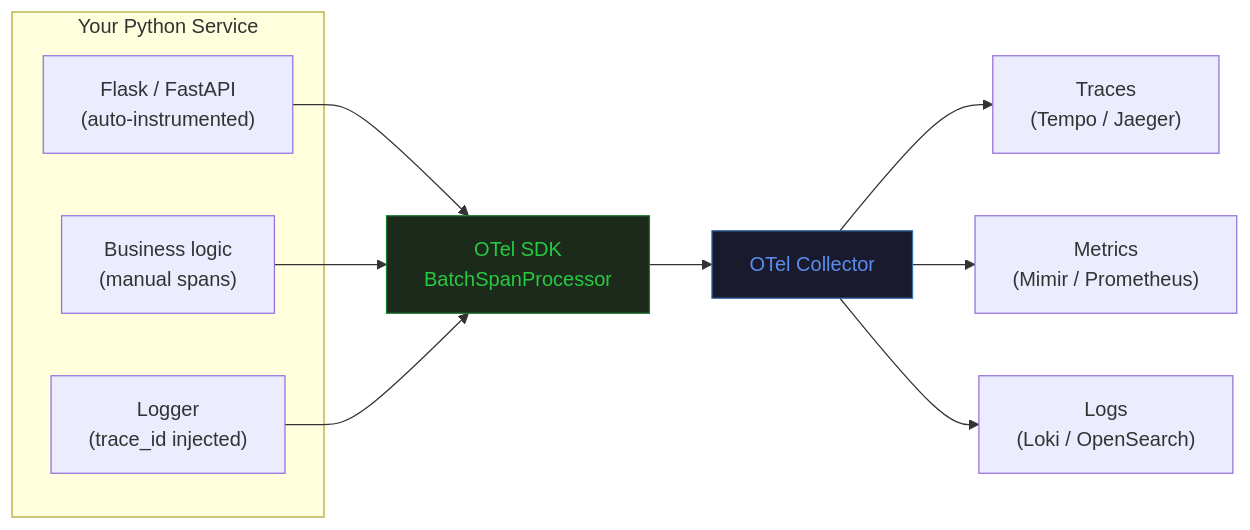
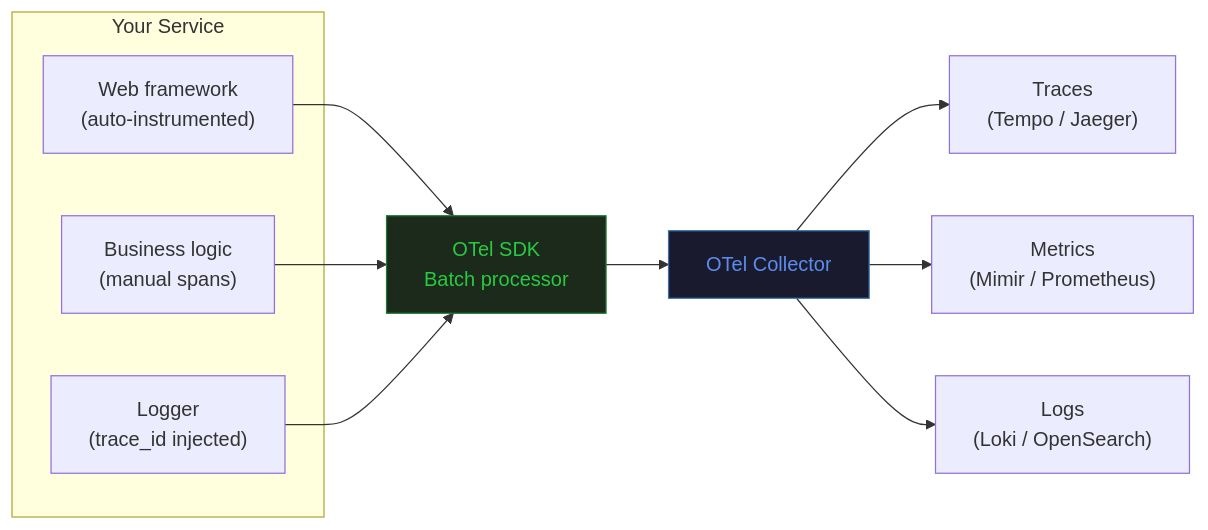
The diagram in content/howtos/instrument-python-service-opentelemetry.md (radra23/scryops-site), drawn with Mermaid before and after one commit. The commit also changed other lines of this file and 5 other files, not shown here.

```diff
--- a/content/howtos/instrument-python-service-opentelemetry.md
+++ b/content/howtos/instrument-python-service-opentelemetry.md
@@ -15,24 +17,24 @@
 {{< mermaid >}}
 flowchart LR
-    subgraph app["Your Python Service"]
-        fw["Flask / FastAPI<br/>(auto-instrumented)"]
+    subgraph app["Your Service"]
+        fw["Web framework<br/>(auto-instrumented)"]
         biz["Business logic<br/>(manual spans)"]
         log["Logger<br/>(trace_id injected)"]
     end
-    sdk["OTel SDK<br/>BatchSpanProcessor"]
+    sdk["OTel SDK<br/>Batch processor"]
     col["OTel Collector"]
     be1["Traces<br/>(Tempo / Jaeger)"]
     be2["Metrics<br/>(Mimir / Prometheus)"]
     be3["Logs<br/>(Loki / OpenSearch)"]
 
     fw --> sdk
     biz --> sdk
     log --> sdk
     sdk --> col
     col --> be1
     col --> be2
     col --> be3
 
     style sdk fill:#1C2A1C,stroke:#1C7A2E,color:#28CA41
     style col fill:#1A1A2E,stroke:#3A6FAF,color:#5B8DEF
 {{< /mermaid >}}
```
